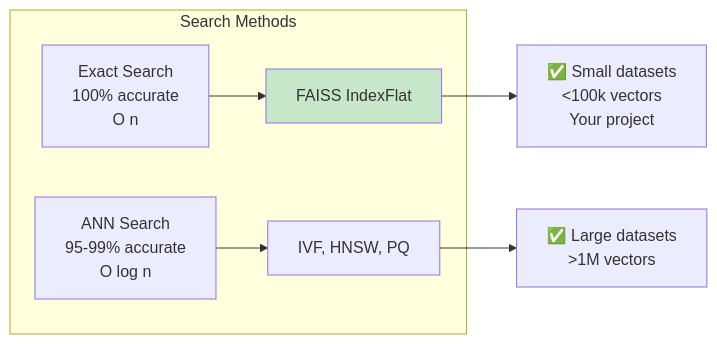
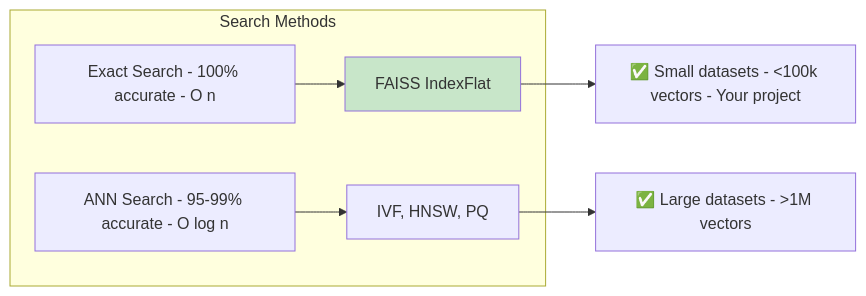
The fifth of 10 diagrams in docs/learning/04-vector-databases.md (indhra/llm_rag_sec_findings), drawn with Mermaid before and after one commit. The commit also changed other lines of this file and 9 other files, not shown here.

````diff
--- a/docs/learning/04-vector-databases.md
+++ b/docs/learning/04-vector-databases.md
@@ -179,12 +179,12 @@
 ```mermaid
 graph LR
     subgraph "Search Methods"
-        E[Exact Search<br/>100% accurate<br/>O n] --> A1[FAISS IndexFlat]
-        A[ANN Search<br/>95-99% accurate<br/>O log n] --> A2[IVF, HNSW, PQ]
+        E[Exact Search - 100% accurate - O n] --> A1[FAISS IndexFlat]
+        A[ANN Search - 95-99% accurate - O log n] --> A2[IVF, HNSW, PQ]
     end
     
-    A1 --> U1[✅ Small datasets<br/><100k vectors<br/>Your project]
-    A2 --> U2[✅ Large datasets<br/>>1M vectors]
+    A1 --> U1[✅ Small datasets - <100k vectors - Your project]
+    A2 --> U2[✅ Large datasets - >1M vectors]
     
     style A1 fill:#c8e6c9
 ```
````
